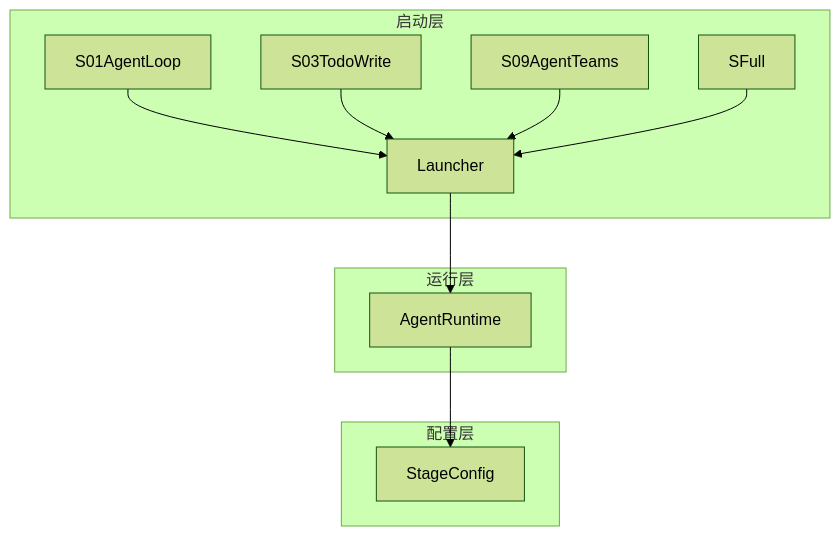
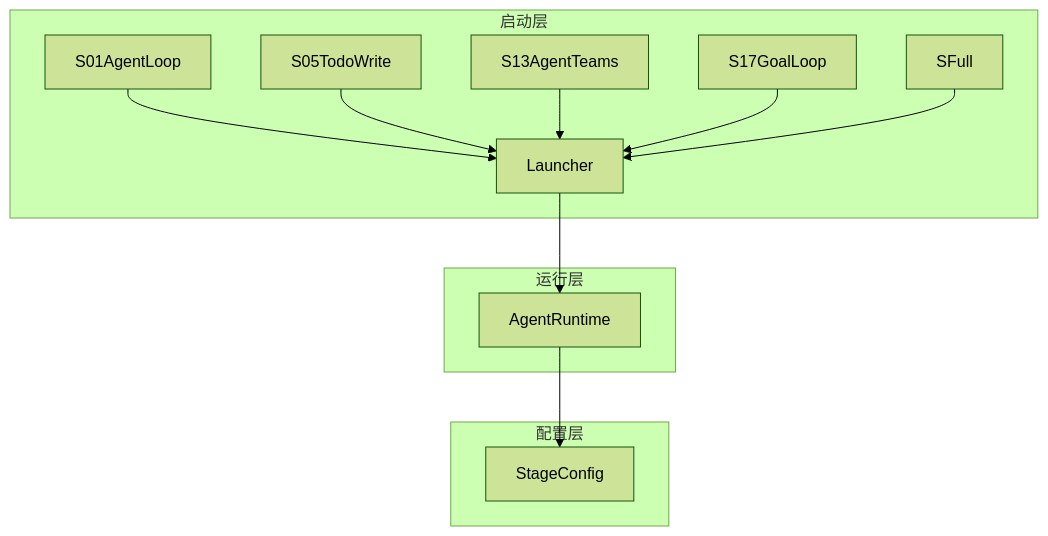
The first of 6 diagrams in .qoder/repowiki/zh/content/核心运行时系统/阶段配置系统.md (chenlds1994/learn-claude-code-java), drawn with Mermaid (forest theme) before and after one commit. The commit also changed other lines of this file and 143 other files, not shown here.

First line of the commit message:
更新 repowiki 与 drawio 教程图至 17 阶段结构

````diff
--- a/.qoder/repowiki/zh/content/核心运行时系统/阶段配置系统.md
+++ b/.qoder/repowiki/zh/content/核心运行时系统/阶段配置系统.md
@@ -34,22 +34,24 @@
 ```mermaid
 graph TB
 subgraph "启动层"
 L["Launcher"]
 S01["S01AgentLoop"]
-S03["S03TodoWrite"]
-S09["S09AgentTeams"]
+S05["S05TodoWrite"]
+S13["S13AgentTeams"]
+S17["S17GoalLoop"]
 SFULL["SFull"]
 end
 subgraph "配置层"
 SC["StageConfig"]
 end
 subgraph "运行层"
 AR["AgentRuntime"]
 end
 S01 --> L
-S03 --> L
-S09 --> L
+S05 --> L
+S13 --> L
+S17 --> L
 SFULL --> L
 L --> AR
 AR --> SC
 ```
````
